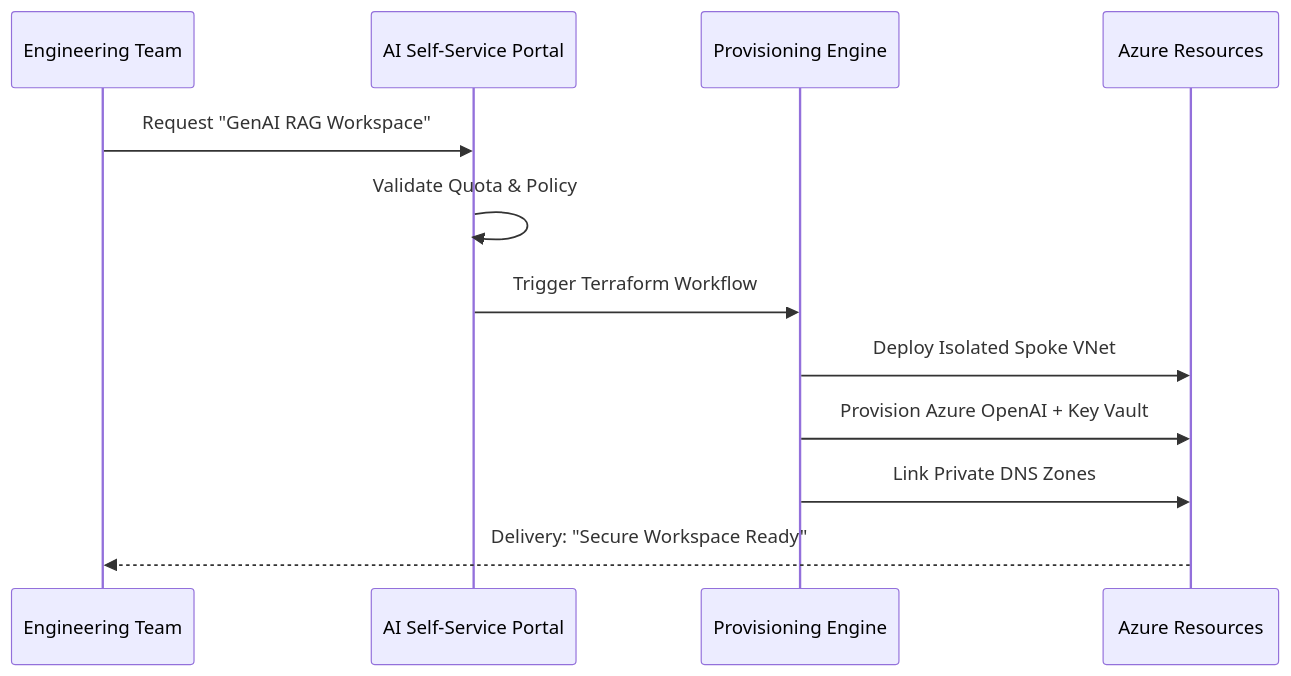
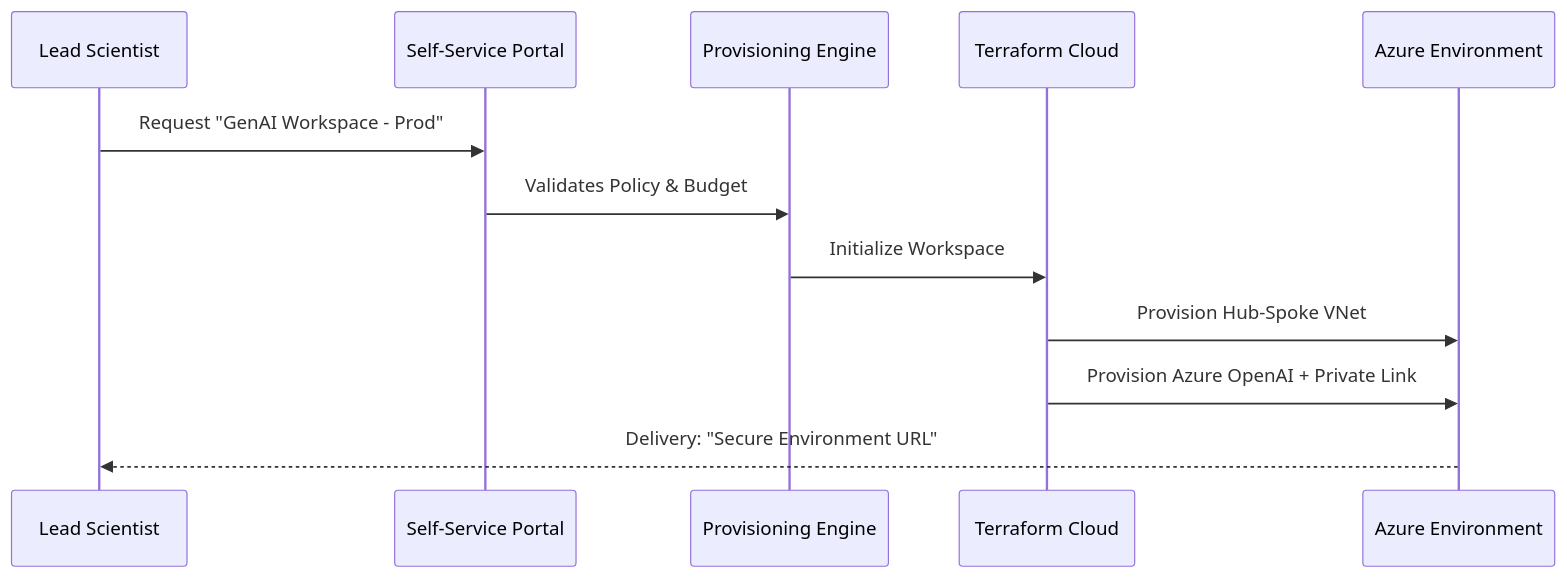
One commit to Devopstrio/ai-landing-zone changed the third of 3 diagrams in README.md. Above: the diagram before and after it, drawn with Mermaid. The commit also changed other lines of this file and 2 other files, not shown here.

Commit message:
feat: professional end-to-end elevation - governance api & management hierarchy

````diff
--- a/README.md
+++ b/README.md
@@ -74,15 +74,15 @@
 ```mermaid
 sequenceDiagram
-    participant User as Engineering Team
-    participant Portal as AI Self-Service Portal
+    participant LT as Lead Scientist
+    participant Portal as Self-Service Portal
     participant API as Provisioning Engine
-    participant Cloud as Azure Resources
-    
-    User->>Portal: Request "GenAI RAG Workspace"
-    Portal->>Portal: Validate Quota & Policy
-    Portal->>API: Trigger Terraform Workflow
-    API->>Cloud: Deploy Isolated Spoke VNet
-    API->>Cloud: Provision Azure OpenAI + Key Vault
-    API->>Cloud: Link Private DNS Zones
-    Cloud-->>User: Delivery: "Secure Workspace Ready"
+    participant TF as Terraform Cloud
+    participant Azure as Azure Environment
+
+    LT->>Portal: Request "GenAI Workspace - Prod"
+    Portal->>API: Validates Policy & Budget
+    API->>TF: Initialize Workspace
+    TF->>Azure: Provision Hub-Spoke VNet
+    TF->>Azure: Provision Azure OpenAI + Private Link
+    Azure-->>LT: Delivery: "Secure Environment URL"
 ```
````
